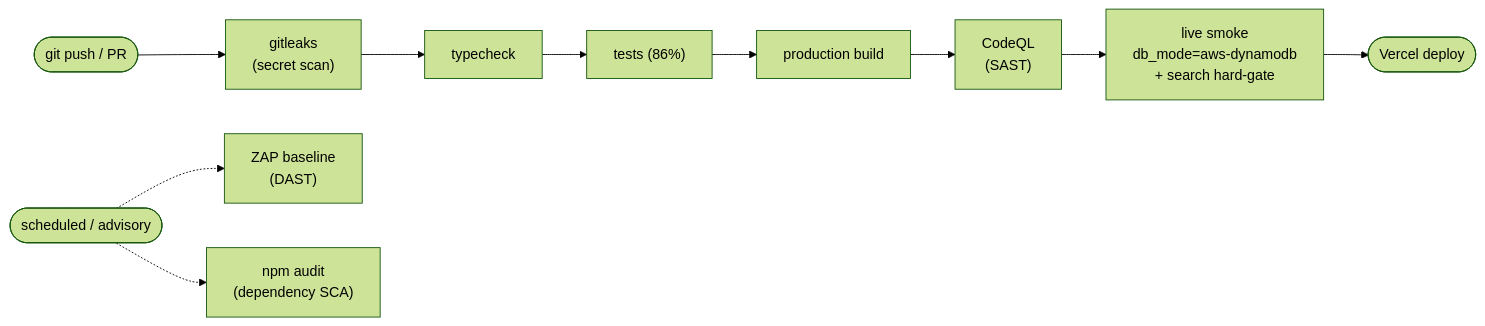
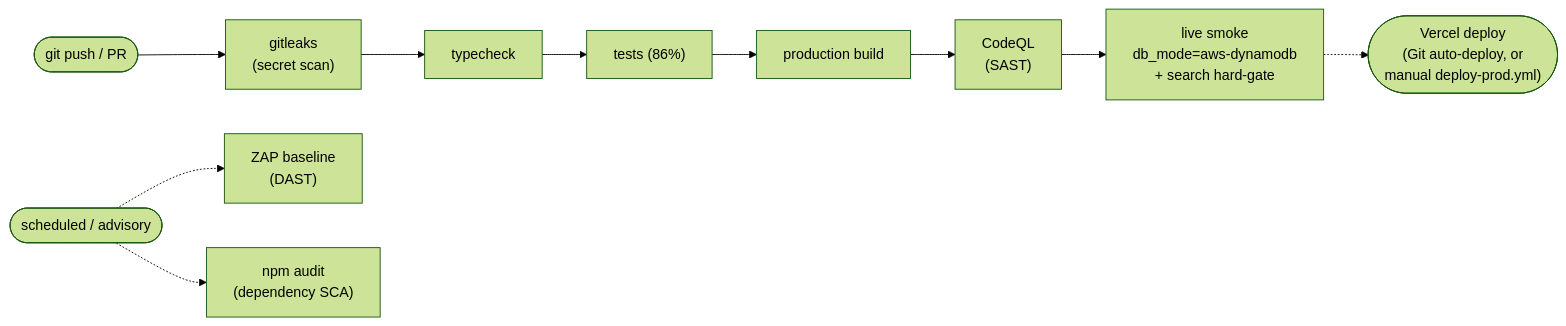
Before and after one commit to upgradedev/h0-archon: the second of 2 diagrams in README.md, drawn with Mermaid (forest theme). The commit also changed other lines of this file and 9 other files, not shown here.

````diff
--- a/README.md
+++ b/README.md
@@ -84,12 +92,12 @@
 ```mermaid
 flowchart LR
   push(["git push / PR"]) --> secrets["gitleaks<br/>(secret scan)"]
   secrets --> tc["typecheck"]
   tc --> tests["tests (86%)"]
   tests --> build["production build"]
   build --> codeql["CodeQL<br/>(SAST)"]
   codeql --> smoke["live smoke<br/>db_mode=aws-dynamodb<br/>+ search hard-gate"]
-  smoke --> deploy(["Vercel deploy"])
+  smoke -.-> deploy(["Vercel deploy<br/>(Git auto-deploy, or<br/>manual deploy-prod.yml)"])
   sched(["scheduled / advisory"]) -.-> zap["ZAP baseline<br/>(DAST)"]
   sched -.-> audit["npm audit<br/>(dependency SCA)"]
 ```
````
